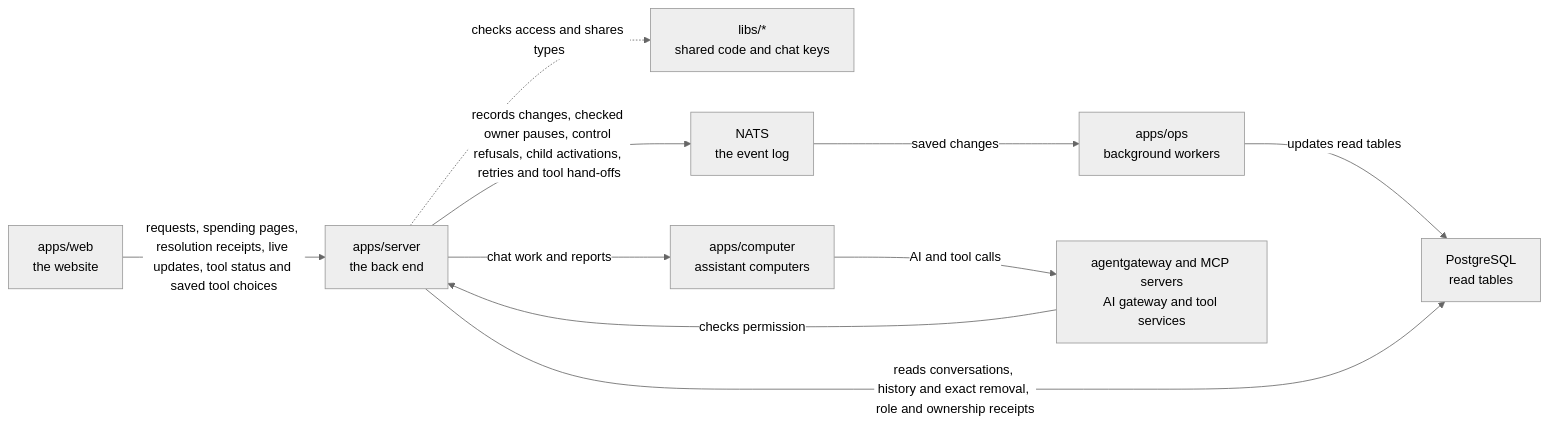
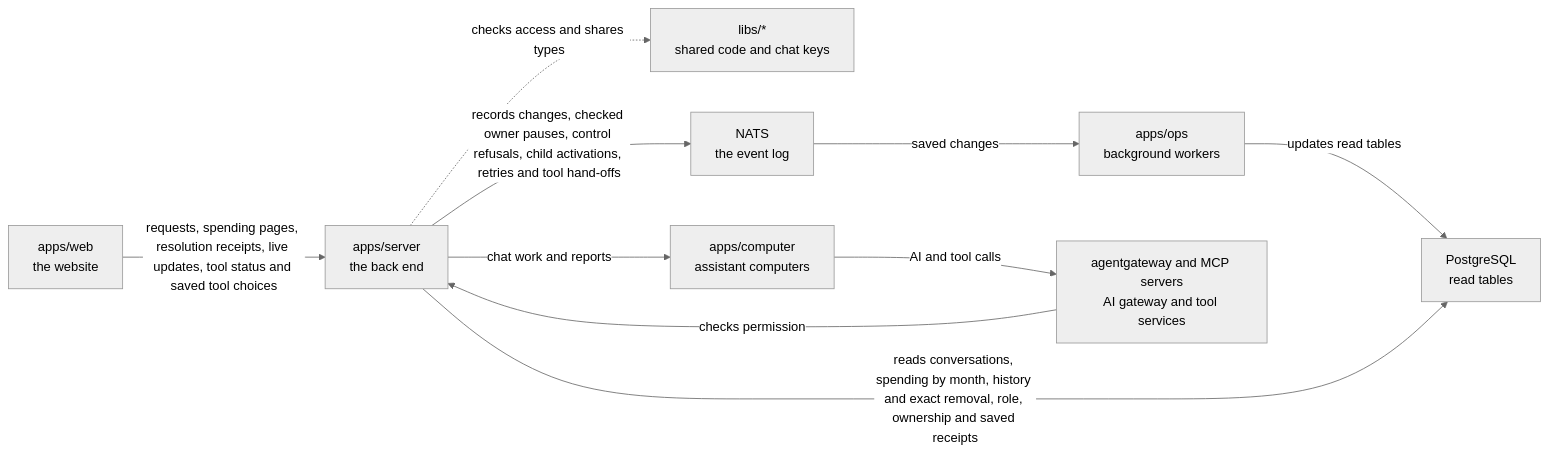
One commit to elewa-git/opencrane-new changed the diagram in apps/server/README.md. Above: the diagram before and after it, drawn with Mermaid (neutral theme). The commit also changed other lines of this file and 12 other files, not shown here.

Commit message:
📅 Filter spending calls by their original UTC month

````diff
--- a/apps/server/README.md
+++ b/apps/server/README.md
@@ -36,12 +36,12 @@
 ```mermaid
 flowchart LR
   web["apps/web<br/>the website"] -->|requests, spending pages, resolution receipts, live updates, tool status and saved tool choices| server["apps/server<br/>the back end"]
   server -.->|checks access and shares types| libs["libs/*<br/>shared code and chat keys"]
   server -->|records changes, checked owner pauses, control refusals, child activations, retries and tool hand-offs| nats["NATS<br/>the event log"]
   nats -->|saved changes| ops["apps/ops<br/>background workers"]
   ops -->|updates read tables| postgres["PostgreSQL<br/>read tables"]
-  server -->|reads conversations, history and exact removal, role and ownership receipts| postgres
+  server -->|reads conversations, spending by month, history and exact removal, role, ownership and saved receipts| postgres
   server -->|chat work and reports| computer["apps/computer<br/>assistant computers"]
   computer -->|AI and tool calls| runtime["agentgateway and MCP servers<br/>AI gateway and tool services"]
   runtime -->|checks permission| server
 ```
````
